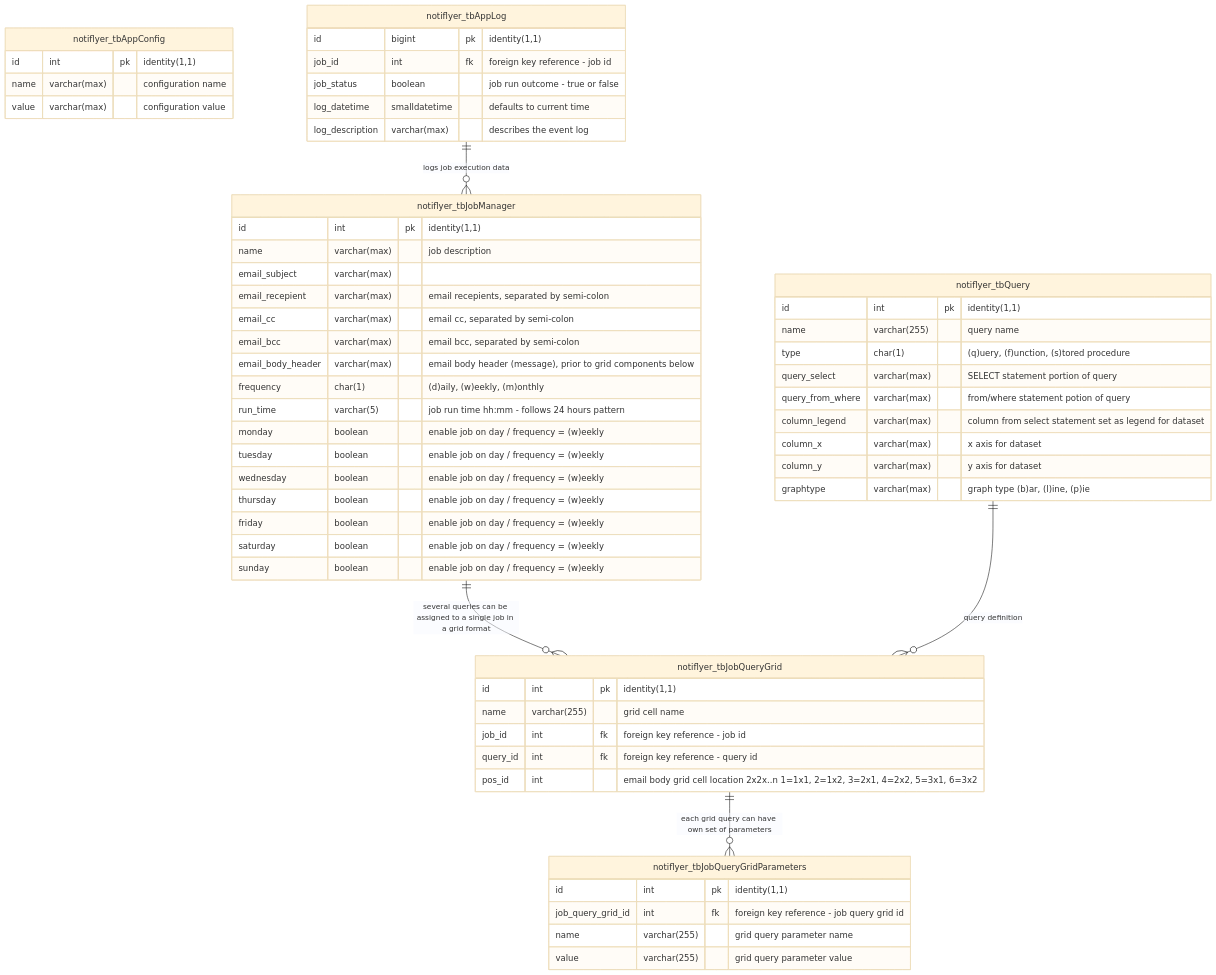
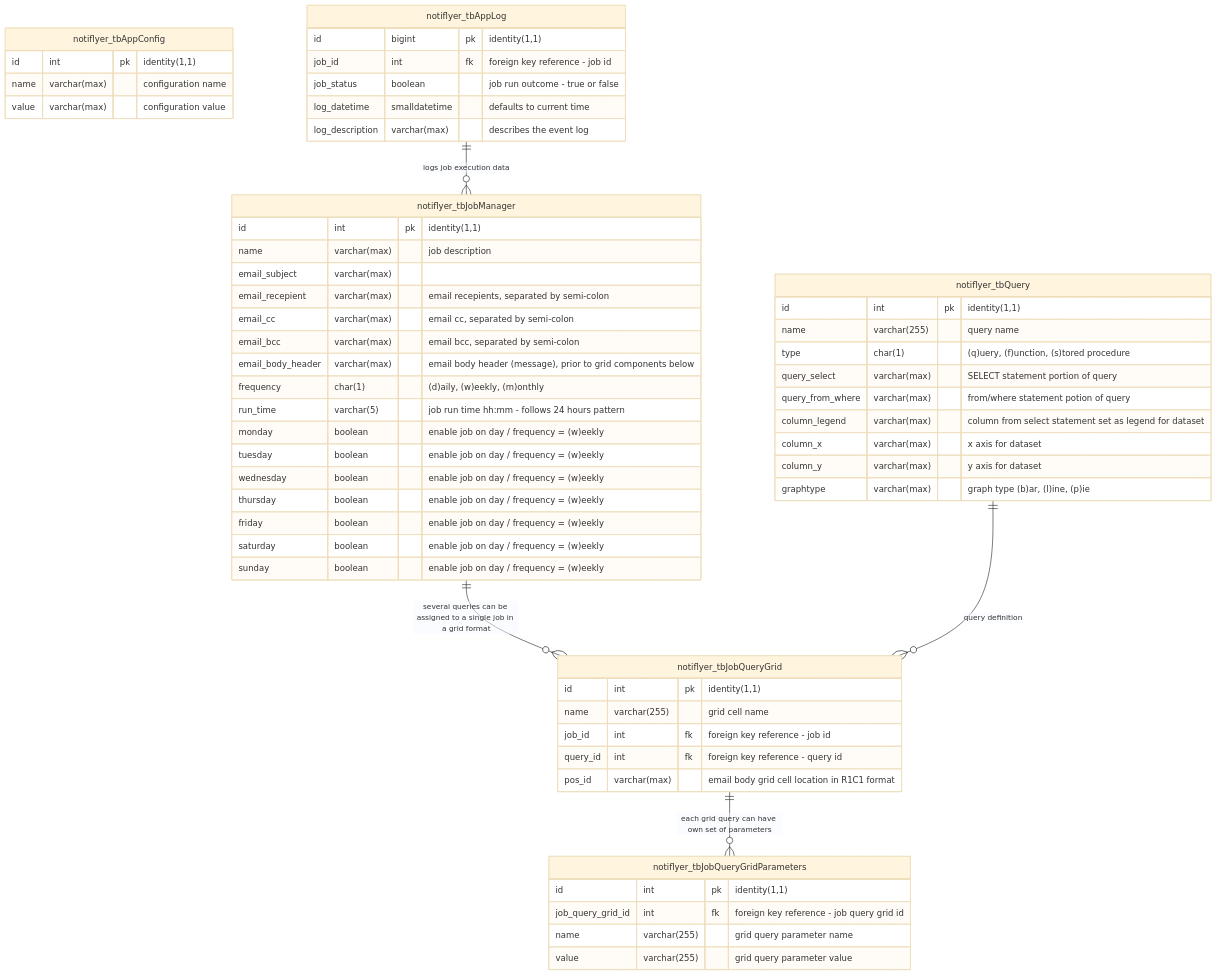
The diagram in docs/mssql/README.md (cleancoda/notiflyer), drawn with Mermaid (base theme) before and after one commit. The commit also changed other lines of this file and 1 other file, not shown here.

````diff
--- a/docs/mssql/README.md
+++ b/docs/mssql/README.md
@@ -27,70 +27,70 @@
 ```mermaid
 erDiagram
 
 
     notiflyer_tbJobManager {
       id int pk "identity(1,1)"
       name varchar(max) "job description"
       email_subject varchar(max)
       email_recepient varchar(max) "email recepients, separated by semi-colon"
       email_cc varchar(max) "email cc, separated by semi-colon"
       email_bcc varchar(max) "email bcc, separated by semi-colon"
       email_body_header varchar(max) "email body header (message), prior to grid components below"
       frequency char(1) "(d)aily, (w)eekly, (m)onthly"
       run_time varchar(5) "job run time hh:mm - follows 24 hours pattern"
       monday boolean "enable job on day / frequency = (w)eekly"
       tuesday boolean "enable job on day / frequency = (w)eekly"
       wednesday boolean "enable job on day / frequency = (w)eekly"
       thursday boolean "enable job on day / frequency = (w)eekly"
       friday boolean "enable job on day / frequency = (w)eekly"
       saturday boolean "enable job on day / frequency = (w)eekly"
       sunday boolean "enable job on day / frequency = (w)eekly"
     }
 
     notiflyer_tbQuery {
       id int pk "identity(1,1)"
       name varchar(255) "query name"
       type char(1) "(q)uery, (f)unction, (s)tored procedure"
       query_select varchar(max) "SELECT statement portion of query"
       query_from_where varchar(max) "from/where statement potion of query"
       column_legend varchar(max) "column from select statement set as legend for dataset"
       column_x varchar(max) "x axis for dataset"
       column_y varchar(max) "y axis for dataset"
       graphtype varchar(max) "graph type (b)ar, (l)ine, (p)ie"
     }
 
     notiflyer_tbJobQueryGrid {
       id int pk "identity(1,1)"
       name varchar(255) "grid cell name"
       job_id int fk "foreign key reference - job id"
       query_id int fk "foreign key reference - query id"
-      pos_id int "email body grid cell location 2x2x..n 1=1x1, 2=1x2, 3=2x1, 4=2x2, 5=3x1, 6=3x2"
+      pos_id varchar(max) "email body grid cell location in R1C1 format"
     }
 
     notiflyer_tbJobQueryGridParameters {
       id int pk "identity(1,1)"
       job_query_grid_id int fk "foreign key reference - job query grid id"
       name varchar(255) "grid query parameter name"
       value varchar(255) "grid query parameter value"
     }
 
     notiflyer_tbAppConfig {
       id int pk "identity(1,1)"
       name varchar(max) "configuration name"
       value varchar(max) "configuration value"
     }
 
     notiflyer_tbAppLog {
       id bigint pk "identity(1,1)"
       job_id int fk "foreign key reference - job id"
       job_status boolean "job run outcome - true or false"
       log_datetime smalldatetime "defaults to current time"
       log_description varchar(max) "describes the event log"
     }
 
     notiflyer_tbJobManager ||--o{ notiflyer_tbJobQueryGrid : "several queries can be assigned to a single job in a grid format"
     notiflyer_tbJobQueryGrid ||--o{ notiflyer_tbJobQueryGridParameters : "each grid query can have own set of parameters"
     notiflyer_tbQuery ||--o{ notiflyer_tbJobQueryGrid : "query definition"
 
     notiflyer_tbAppLog ||--o{ notiflyer_tbJobManager : "logs job execution data"
 ```
````
